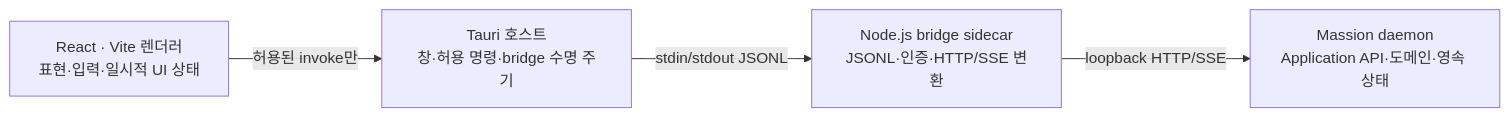
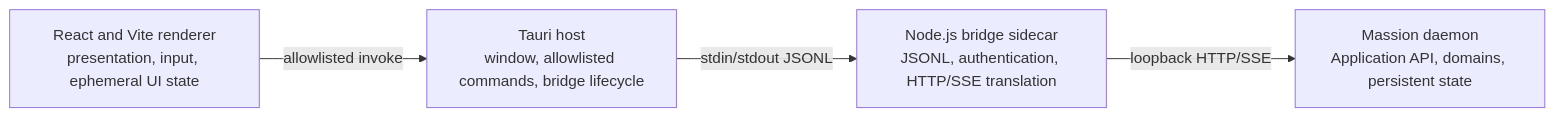
The diagram in docs/architecture/desktop-clean-sheet.md (jabdori/massion), drawn with Mermaid before and after one commit. The commit also changed other lines of this file and 31 other files, not shown here.

````diff
--- a/docs/architecture/desktop-clean-sheet.md
+++ b/docs/architecture/desktop-clean-sheet.md
@@ -15,11 +16,11 @@
 ```mermaid
 flowchart LR
-  Renderer["React · Vite 렌더러<br/>표현·입력·일시적 UI 상태"]
-  Host["Tauri 호스트<br/>창·허용 명령·bridge 수명 주기"]
-  Bridge["Node.js bridge sidecar<br/>JSONL·인증·HTTP/SSE 변환"]
-  Daemon["Massion daemon<br/>Application API·도메인·영속 상태"]
+  Renderer["React and Vite renderer<br/>presentation, input, ephemeral UI state"]
+  Host["Tauri host<br/>window, allowlisted commands, bridge lifecycle"]
+  Bridge["Node.js bridge sidecar<br/>JSONL, authentication, HTTP/SSE translation"]
+  Daemon["Massion daemon<br/>Application API, domains, persistent state"]
 
-  Renderer -->|"허용된 invoke만"| Host
+  Renderer -->|"allowlisted invoke"| Host
   Host -->|"stdin/stdout JSONL"| Bridge
   Bridge -->|"loopback HTTP/SSE"| Daemon
 ```
````
